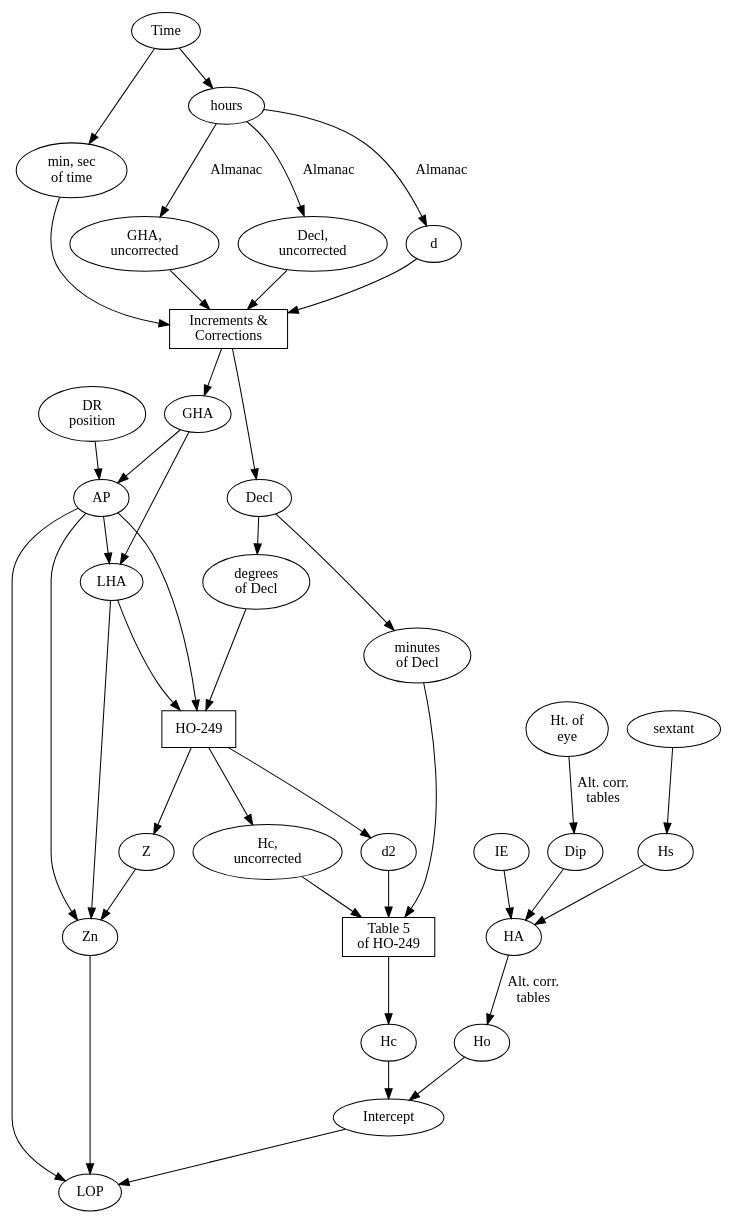
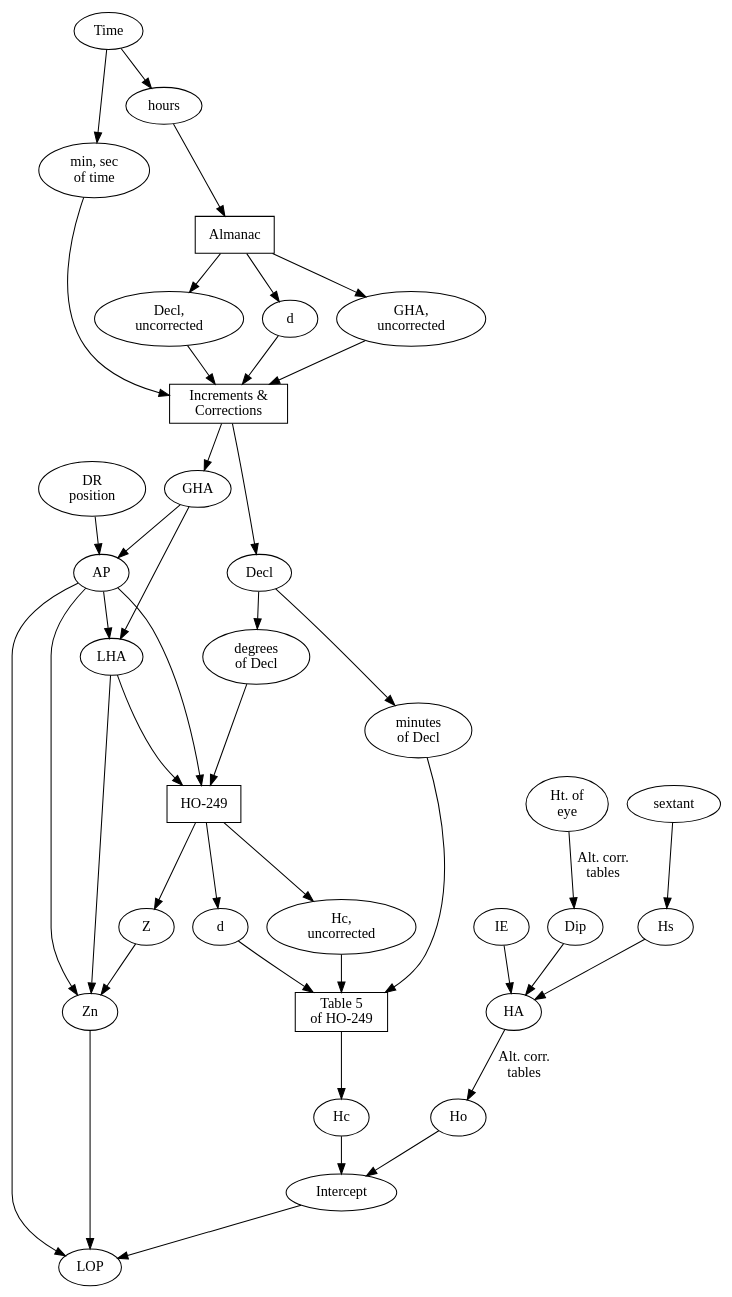
One commit to zimolzak/Sight-reduction-problems changed the diagram in sight reduction.dot. Above: the diagram before and after it, drawn with Graphviz.

Commit message:
Make almanac its own node

```diff
--- a/sight reduction.dot
+++ b/sight reduction.dot
@@ -1,70 +1,74 @@
 digraph {
 
 DR_pos [label="DR\nposition"]
 Ht_of_eye [label="Ht. of\neye"]
 HO_249 [label="HO-249"]
 
 min_sec [label="min, sec\nof time"]
 GHA_u [label="GHA,\nuncorrected"]
 Decl_u [label="Decl,\nuncorrected"]
 Decl_d [label="degrees\nof Decl"]
 Decl_m [label="minutes\nof Decl"]
 Hc_u [label="Hc,\nuncorrected"]
 
 AP -> Zn
 LHA -> Zn
 
 sextant -> Hs
 Hs -> HA
 IE -> HA
 Ht_of_eye -> Dip [label="Alt. corr.\ntables"]
 Dip -> HA
 HA -> Ho [label="Alt. corr.\ntables"]
 
 Time -> hours
 Time -> min_sec
 
-hours -> GHA_u [label="Almanac"]
-hours -> Decl_u [label="Almanac"]
-hours -> d  [label="Almanac"]
+Almanac [shape="rectangle"]
+hours -> Almanac
+
+Almanac -> GHA_u
+Almanac -> Decl_u
+Almanac -> d
 
 ic [label="Increments &\nCorrections" shape="rectangle"]
 min_sec -> ic
 GHA_u -> ic
 Decl_u -> ic
 d -> ic
 ic -> GHA
 ic -> Decl
 
 GHA -> AP
 DR_pos -> AP
 AP -> LHA
 GHA -> LHA
 
 HO_249 [shape="rectangle"]
 
 AP -> HO_249
 LHA -> HO_249
 
 Decl -> Decl_d
 Decl -> Decl_m
 Decl_d -> HO_249
 
+d2 [label="d"]
 HO_249 -> Hc_u
 HO_249 -> Z -> Zn
 HO_249 -> d2
 
 tab5 [label="Table 5\nof HO-249" shape="rectangle"]
 Decl_m -> tab5
 d2 -> tab5
 Hc_u -> tab5
 tab5 -> Hc
 
 Ho -> Intercept
 Hc -> Intercept
 
 AP -> LOP
 Zn -> LOP
 Intercept -> LOP
 
 }
```
